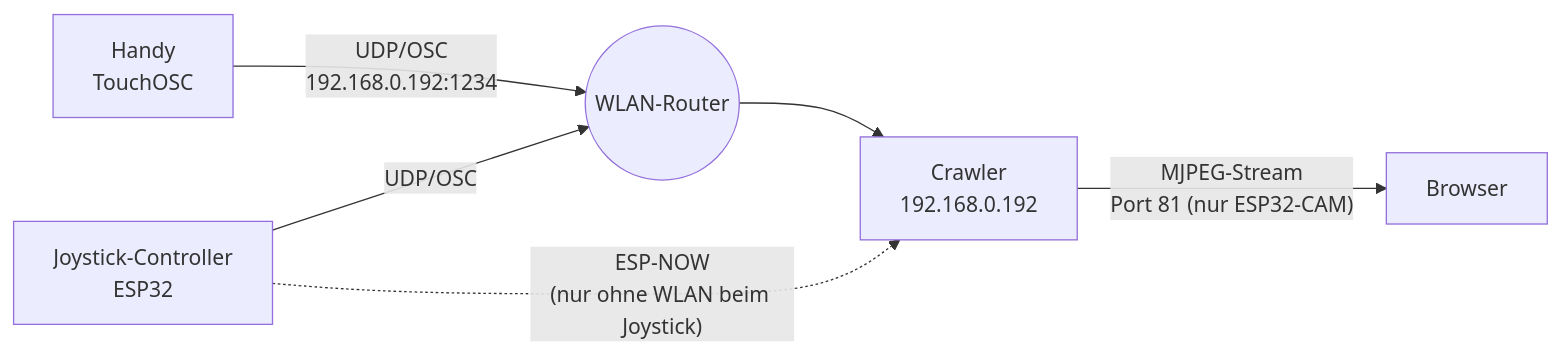
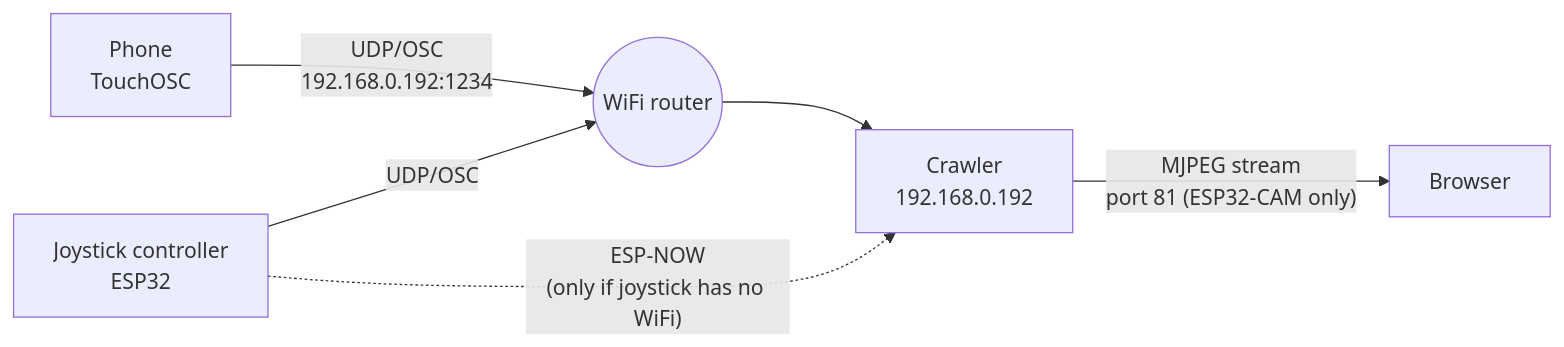
One commit to smily77/Crawler changed the first of 2 diagrams in README.md. Above: the diagram before and after it, drawn with Mermaid. The commit also changed other lines of this file and 15 other files, not shown here.

````diff
--- a/README.md
+++ b/README.md
@@ -33,8 +35,8 @@
 ```mermaid
 flowchart LR
-    H["Handy<br/>TouchOSC"] -- "UDP/OSC<br/>192.168.0.192:1234" --> R(("WLAN-Router"))
-    J["Joystick-Controller<br/>ESP32"] -- "UDP/OSC" --> R
+    H["Phone<br/>TouchOSC"] -- "UDP/OSC<br/>192.168.0.192:1234" --> R(("WiFi router"))
+    J["Joystick controller<br/>ESP32"] -- "UDP/OSC" --> R
     R --> C["Crawler<br/>192.168.0.192"]
-    J -. "ESP-NOW<br/>(nur ohne WLAN beim Joystick)" .-> C
-    C -- "MJPEG-Stream<br/>Port 81 (nur ESP32-CAM)" --> B["Browser"]
+    J -. "ESP-NOW<br/>(only if joystick has no WiFi)" .-> C
+    C -- "MJPEG stream<br/>port 81 (ESP32-CAM only)" --> B["Browser"]
 ```
````
